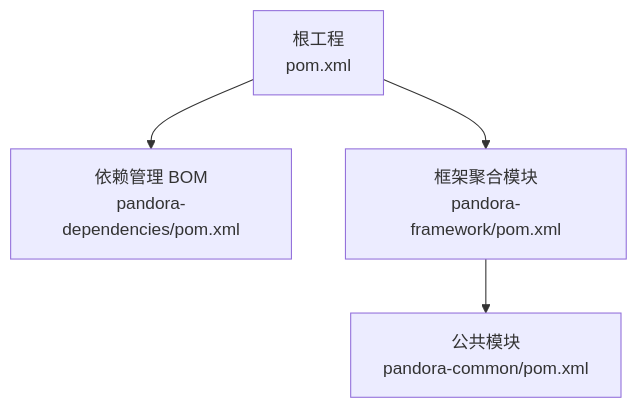
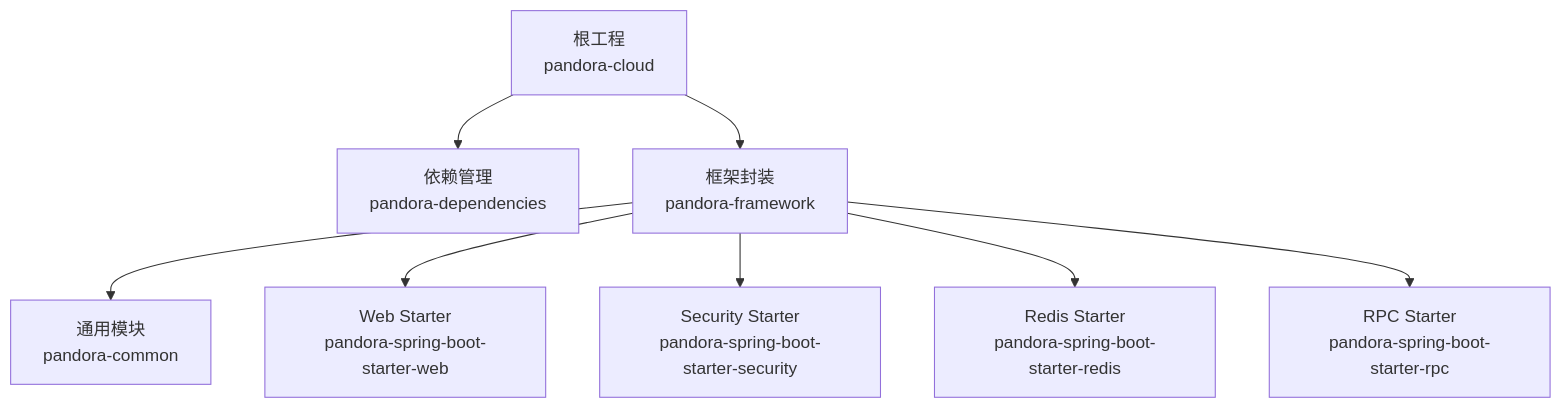
One commit to guanglei93/pandora-cloud changed the first of 6 diagrams in .qoder/repowiki/zh/content/快速开始.md. Above: the diagram before and after it, drawn with Mermaid. The commit also changed other lines of this file and 110 other files, not shown here.

Commit message:
docs: 重构 qoder 文档目录，新增安全认证、Redis 缓存、RPC 通信、Web 增强等模块文档

````diff
--- a/.qoder/repowiki/zh/content/快速开始.md
+++ b/.qoder/repowiki/zh/content/快速开始.md
@@ -46,6 +48,10 @@
 ```mermaid
 graph TB
-Root["根工程<br/>pom.xml"] --> Deps["依赖管理 BOM<br/>pandora-dependencies/pom.xml"]
-Root --> FW["框架聚合模块<br/>pandora-framework/pom.xml"]
-FW --> Common["公共模块<br/>pandora-common/pom.xml"]
+Root["根工程<br/>pandora-cloud"] --> Deps["依赖管理<br/>pandora-dependencies"]
+Root --> FW["框架封装<br/>pandora-framework"]
+FW --> Common["通用模块<br/>pandora-common"]
+FW --> Web["Web Starter<br/>pandora-spring-boot-starter-web"]
+FW --> Sec["Security Starter<br/>pandora-spring-boot-starter-security"]
+FW --> Redis["Redis Starter<br/>pandora-spring-boot-starter-redis"]
+FW --> RPC["RPC Starter<br/>pandora-spring-boot-starter-rpc"]
 ```
````
